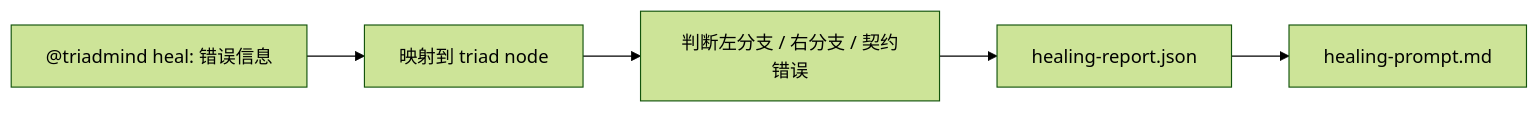
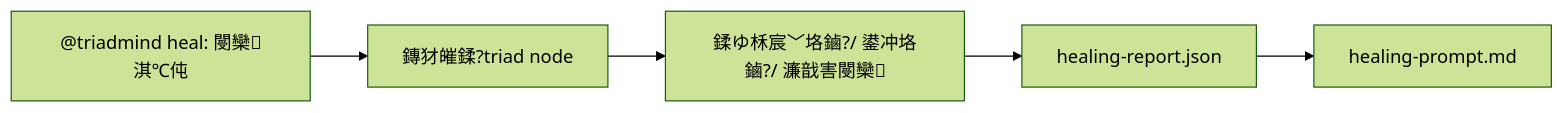
Before and after one commit to Jianfengwu2024/TriadMind: the third of 3 diagrams in user guide.md, drawn with Mermaid (forest theme). The commit also changed other lines of this file and 7 other files, not shown here.

````diff
--- a/user guide.md
+++ b/user guide.md
@@ -93,7 +81,7 @@
 ```mermaid
 flowchart LR
-    A["@triadmind heal: 错误信息"] --> B["映射到 triad node"]
-    B --> C["判断左分支 / 右分支 / 契约错误"]
+    A["@triadmind heal: 閿欒淇℃伅"] --> B["鏄犲皠鍒?triad node"]
+    B --> C["鍒ゆ柇宸﹀垎鏀?/ 鍙冲垎鏀?/ 濂戠害閿欒"]
     C --> D["healing-report.json"]
     D --> E["healing-prompt.md"]
 ```
````
